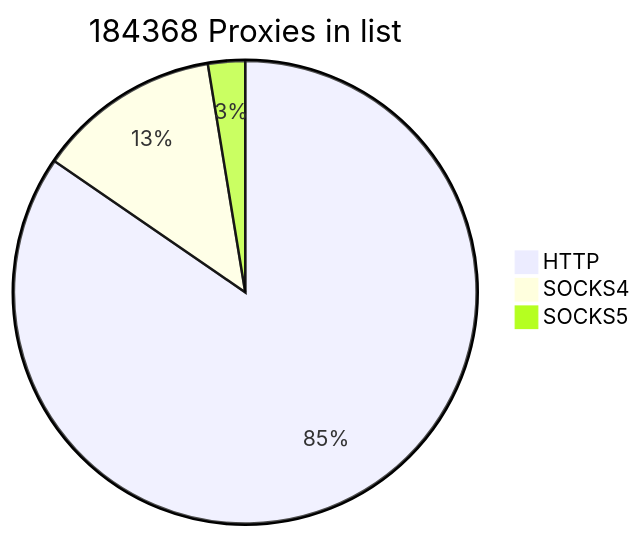
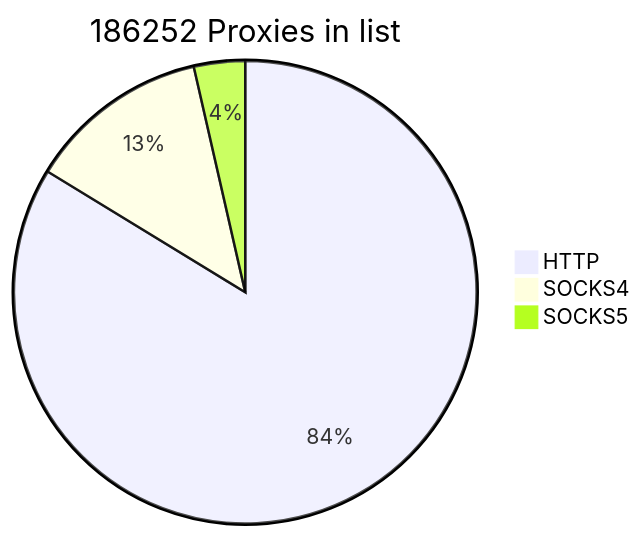
One commit to cutipu/proxylist changed the first of 2 diagrams in README.md. Above: the diagram before and after it, drawn with Mermaid. The commit also changed other lines of this file, not shown here.

````diff
--- a/README.md
+++ b/README.md
@@ -2,7 +2,7 @@
 ```mermaid
-pie title 184368 Proxies in list
+pie title 186252 Proxies in list
     "HTTP" : 155945
     "SOCKS4" : 23650
-    "SOCKS5" : 4773
+    "SOCKS5" : 6657
             
 ```
````
